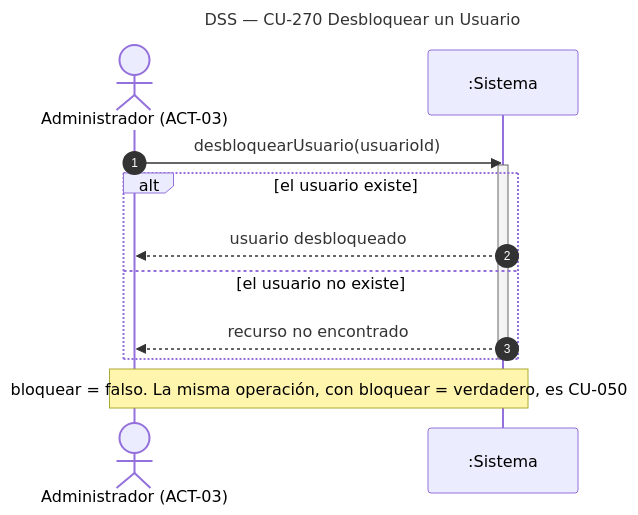
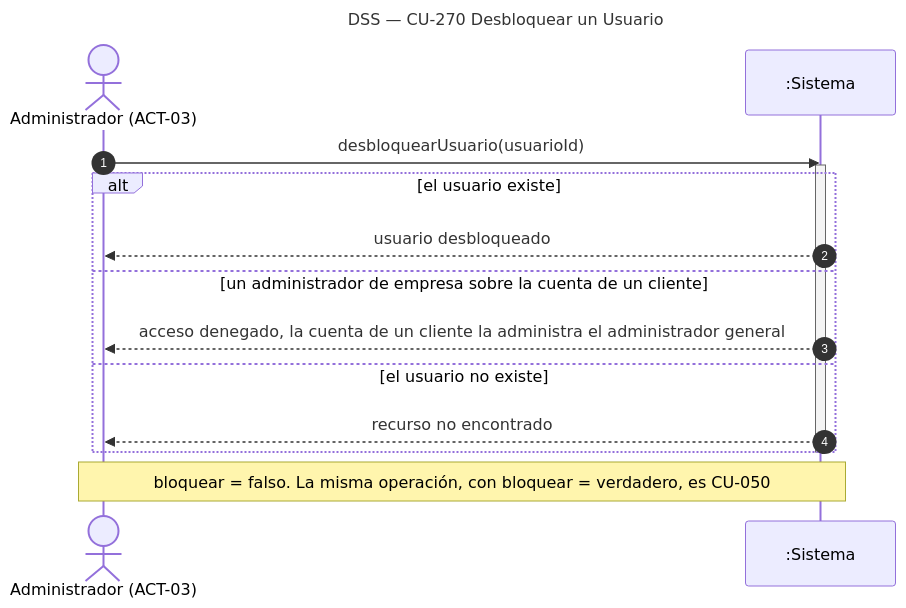
Before and after one commit to Nahuelito-Dev/splg-docs: the diagram in diagramas/DSS_CU-270_Desbloquear-un-Usuario.mmd, drawn with Mermaid. The commit also changed 54 other files, not shown here.

Commit message:
docs(cu): cuentas de clientes del administrador general, ingreso real con Firebase y rutas que usa el panel

```diff
--- a/diagramas/DSS_CU-270_Desbloquear-un-Usuario.mmd
+++ b/diagramas/DSS_CU-270_Desbloquear-un-Usuario.mmd
@@ -1,15 +1,17 @@
 sequenceDiagram
     title DSS — CU-270 Desbloquear un Usuario
     autonumber
     actor ADM as Administrador (ACT-03)
     participant SIS as :Sistema
 
     ADM->>SIS: desbloquearUsuario(usuarioId)
     activate SIS
     alt el usuario existe
         SIS-->>ADM: usuario desbloqueado
+    else un administrador de empresa sobre la cuenta de un cliente
+        SIS-->>ADM: acceso denegado, la cuenta de un cliente la administra el administrador general
     else el usuario no existe
         SIS-->>ADM: recurso no encontrado
     end
     deactivate SIS
     Note over ADM,SIS: bloquear = falso. La misma operación, con bloquear = verdadero, es CU-050
```
